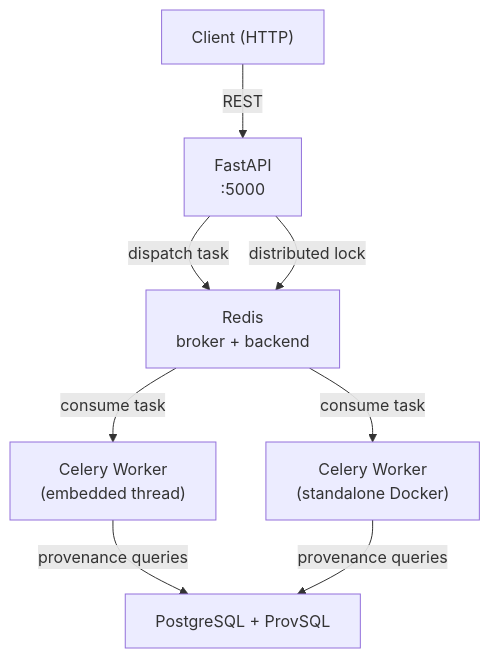
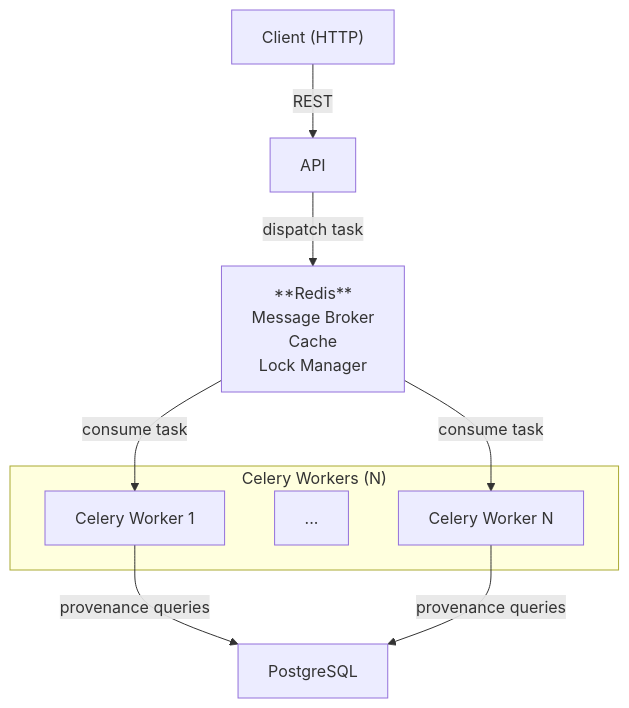
The first of 2 diagrams in README.md (datagems-eosc/ap-explanation), drawn with Mermaid before and after one commit. The commit also changed other lines of this file and 1 other file, not shown here.

Commit message:
chore: Updating doc about manual endpoints

````diff
--- a/README.md
+++ b/README.md
@@ -18,17 +18,24 @@
 ```mermaid
 graph TD
     Client["Client (HTTP)"]
-    API["FastAPI\n:5000"]
-    Worker["Celery Worker\n(embedded thread)"]
-    StandaloneWorker["Celery Worker\n(standalone Docker)"]
-    Redis["Redis\nbroker + backend"]
-    PG1["PostgreSQL + ProvSQL"]
+    API["API"]
+
+    Redis["**Redis**<br/>Message Broker<br/>Cache<br/>Lock Manager"]
+
+    PG1["PostgreSQL"]
 
     Client -->|REST| API
     API -->|dispatch task| Redis
-    Redis -->|consume task| Worker
-    Redis -->|consume task| StandaloneWorker
-    Worker -->|provenance queries| PG1
-    StandaloneWorker -->|provenance queries| PG1
-    API -->|distributed lock| Redis
+
+    subgraph Workers["Celery Workers (N)"]
+        Worker1["Celery Worker 1"]
+        Dots["..."]
+        WorkerN["Celery Worker N"]
+    end
+
+    Redis -->|consume task| Worker1
+    Redis -->|consume task| WorkerN
+
+    Worker1 -->|provenance queries| PG1
+    WorkerN -->|provenance queries| PG1
 ```
````
